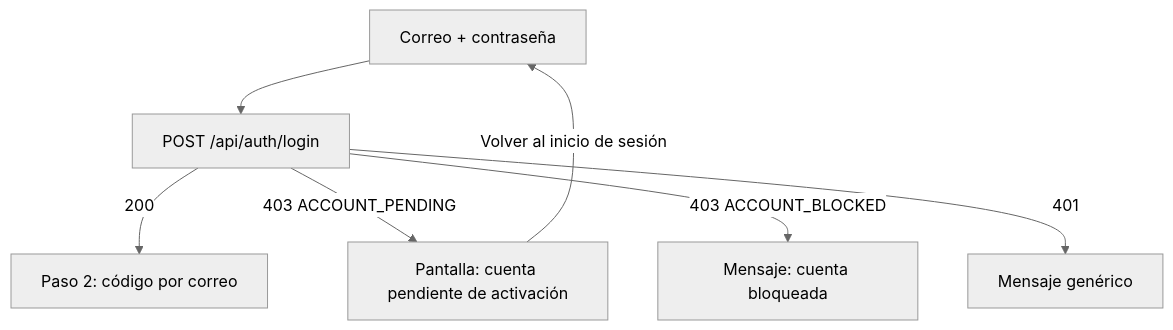
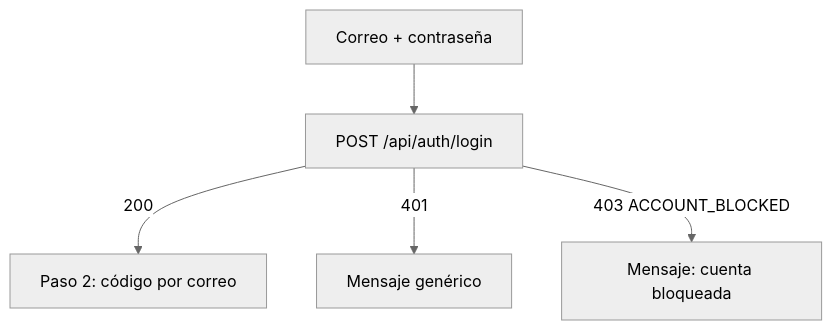
The second of 2 diagrams in frontend/docs/hu2-login.md (ESIBuy-2026-2027/ESIBuy-Mantenimiento), drawn with Mermaid (neutral theme) before and after one commit. The commit also changed other lines of this file, not shown here.

Commit message:
docs(frontend): update pending account login contract

````diff
--- a/frontend/docs/hu2-login.md
+++ b/frontend/docs/hu2-login.md
@@ -55,9 +55,7 @@
 ```mermaid
 flowchart TD
     A[Correo + contraseña] --> B[POST /api/auth/login]
     B -- 200 --> C[Paso 2: código por correo]
-    B -- 403 ACCOUNT_PENDING --> D[Pantalla: cuenta pendiente de activación]
+    B -- 401 --> D[Mensaje genérico]
     B -- 403 ACCOUNT_BLOCKED --> E[Mensaje: cuenta bloqueada]
-    B -- 401 --> F[Mensaje genérico]
-    D -- Volver al inicio de sesión --> A
 ```
````
